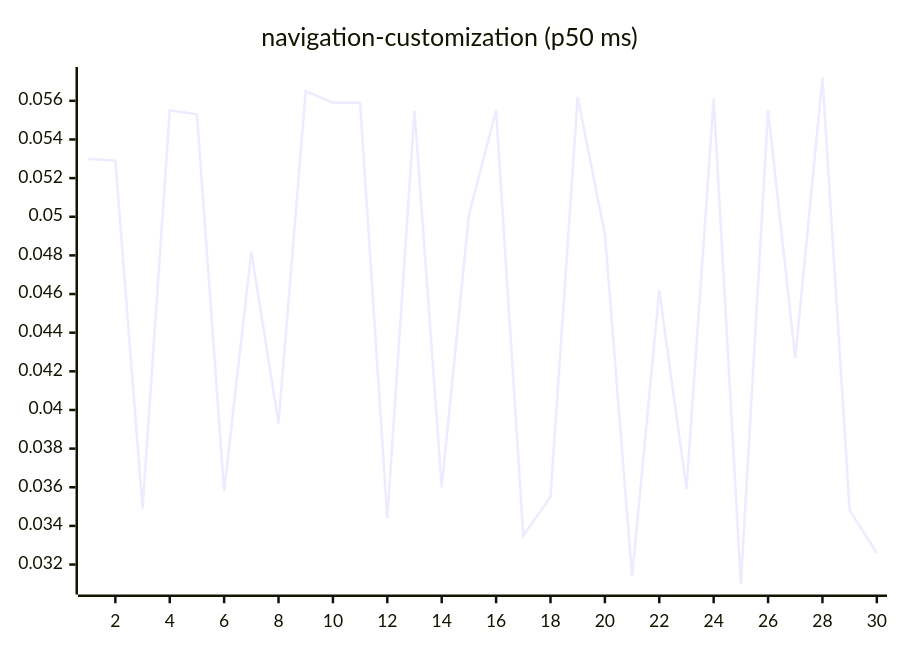
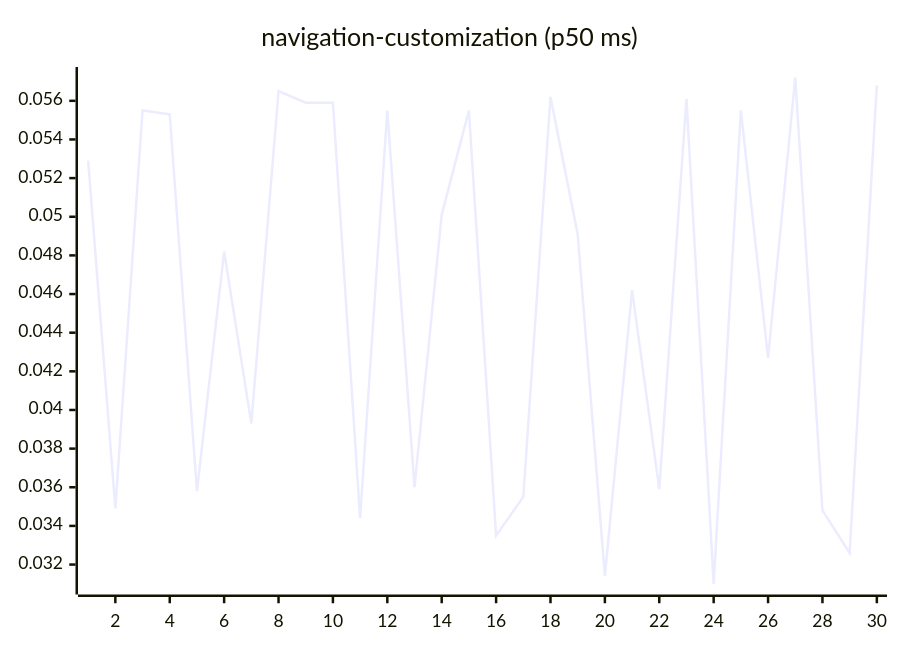
One commit to josha/Facet changed diagram 15 of 27 in README.md. Above: the diagram before and after it, drawn with Mermaid. The commit also changed other lines of this file and 2 other files, not shown here.

````diff
--- a/README.md
+++ b/README.md
@@ -161,6 +161,6 @@
 ```mermaid
 xychart-beta
     title "navigation-customization (p50 ms)"
     x-axis 1 --> 30
-    line [0.0530, 0.0529, 0.0349, 0.0555, 0.0553, 0.0358, 0.0482, 0.0393, 0.0565, 0.0559, 0.0559, 0.0344, 0.0555, 0.0360, 0.0501, 0.0555, 0.0335, 0.0355, 0.0562, 0.0491, 0.0314, 0.0462, 0.0359, 0.0561, 0.0310, 0.0555, 0.0427, 0.0572, 0.0348, 0.0326]
+    line [0.0529, 0.0349, 0.0555, 0.0553, 0.0358, 0.0482, 0.0393, 0.0565, 0.0559, 0.0559, 0.0344, 0.0555, 0.0360, 0.0501, 0.0555, 0.0335, 0.0355, 0.0562, 0.0491, 0.0314, 0.0462, 0.0359, 0.0561, 0.0310, 0.0555, 0.0427, 0.0572, 0.0348, 0.0326, 0.0568]
 ```
````
